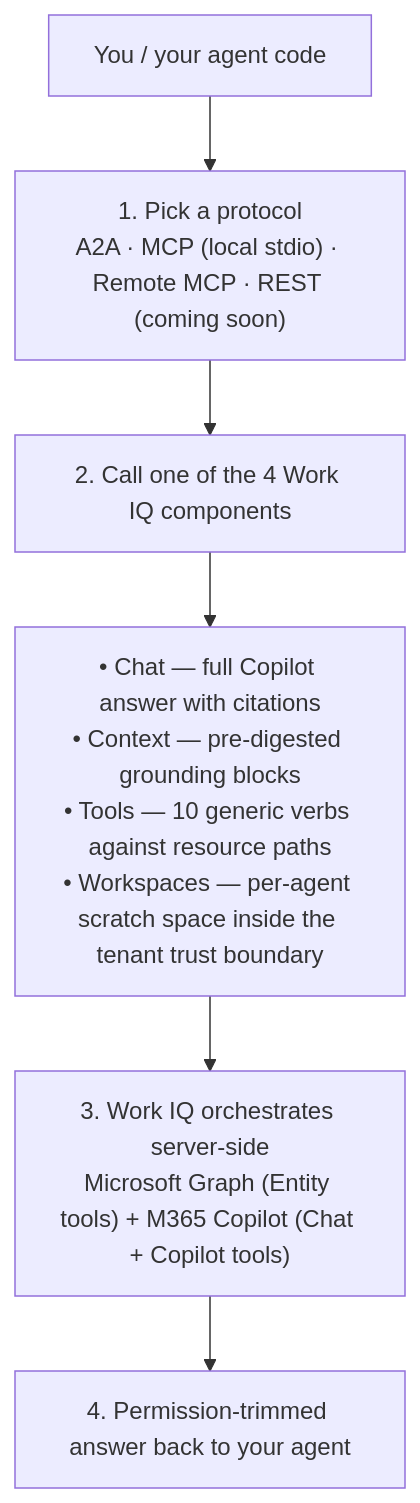
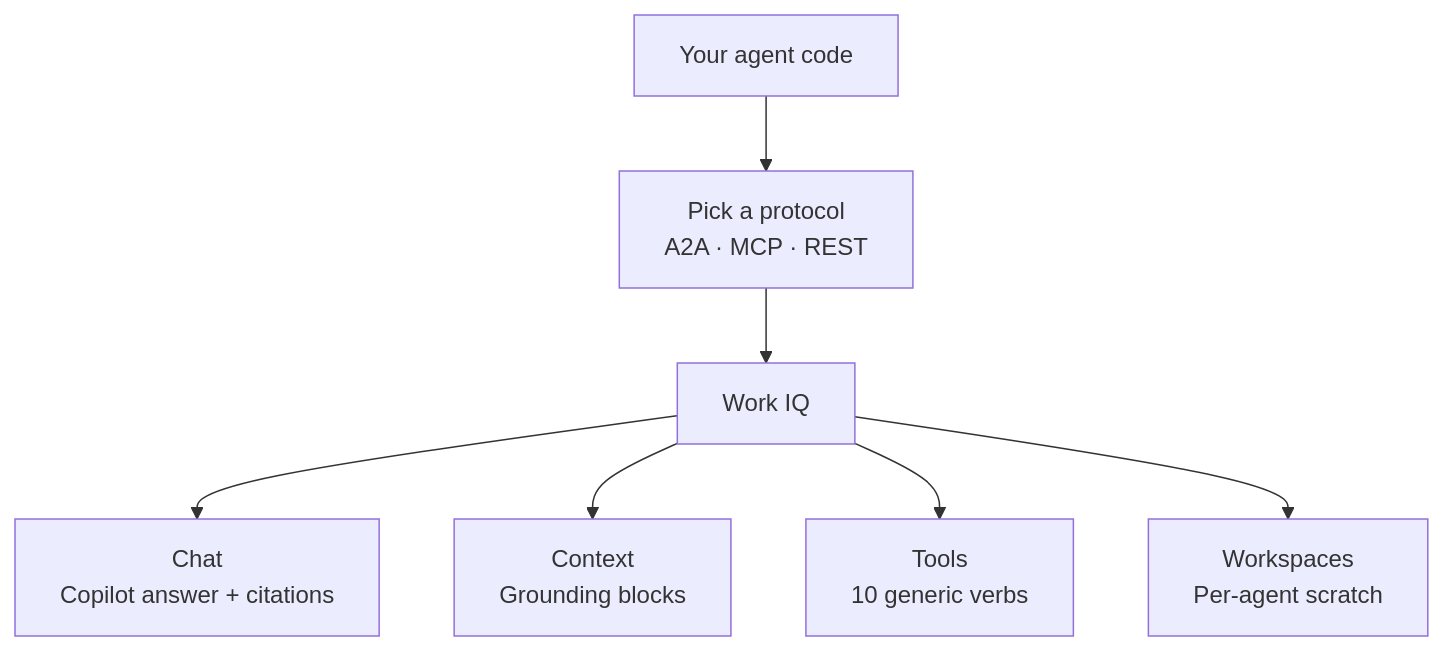
The diagram in content/blog/microsoft-work-iq-api-day-1-ga.md (susanthgit/aguidetocloud-revamp), drawn with Mermaid before and after one commit. The commit also changed other lines of this file, not shown here.

First line of the commit message:
blog(work-iq): never-demean-Microsoft voice pass + diagram QA + intro_note fix

````diff
--- a/content/blog/microsoft-work-iq-api-day-1-ga.md
+++ b/content/blog/microsoft-work-iq-api-day-1-ga.md
@@ -159,9 +159,9 @@
 ```mermaid
 flowchart TD
-    A["You / your agent code"]
-    A --> B["1. Pick a protocol<br/>A2A · MCP (local stdio) · Remote MCP · REST (coming soon)"]
-    B --> C["2. Call one of the 4 Work IQ components"]
-    C --> D["• Chat — full Copilot answer with citations<br/>• Context — pre-digested grounding blocks<br/>• Tools — 10 generic verbs against resource paths<br/>• Workspaces — per-agent scratch space inside the tenant trust boundary"]
-    D --> E["3. Work IQ orchestrates server-side<br/>Microsoft Graph (Entity tools) + M365 Copilot (Chat + Copilot tools)"]
-    E --> F["4. Permission-trimmed answer back to your agent"]
+    A["Your agent code"] --> B["Pick a protocol<br/>A2A · MCP · REST"]
+    B --> C["Work IQ"]
+    C --> D["Chat<br/>Copilot answer + citations"]
+    C --> E["Context<br/>Grounding blocks"]
+    C --> F["Tools<br/>10 generic verbs"]
+    C --> G["Workspaces<br/>Per-agent scratch"]
 ```
````
